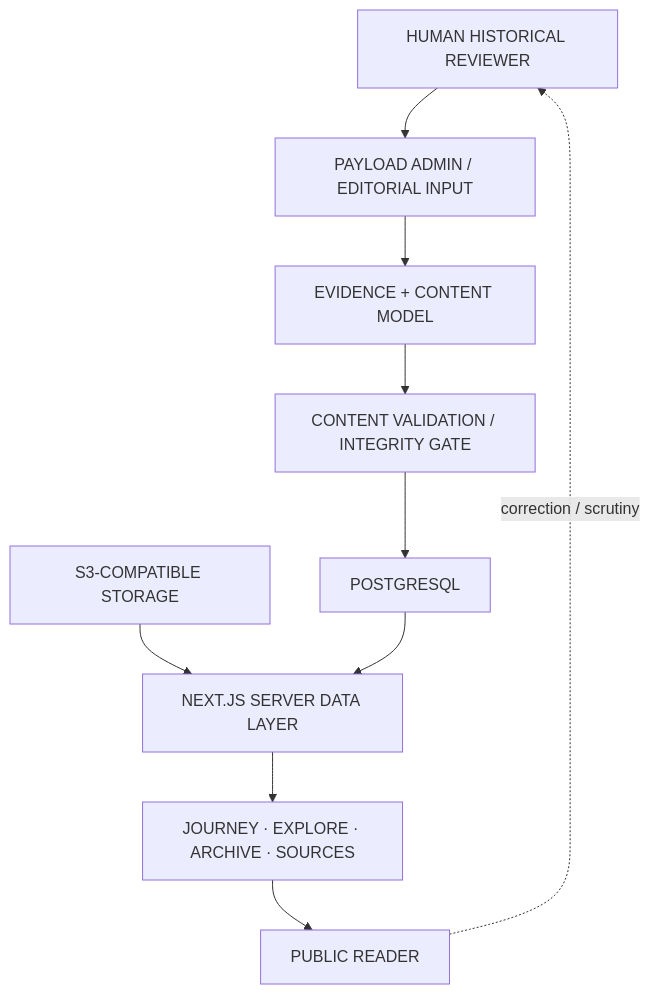
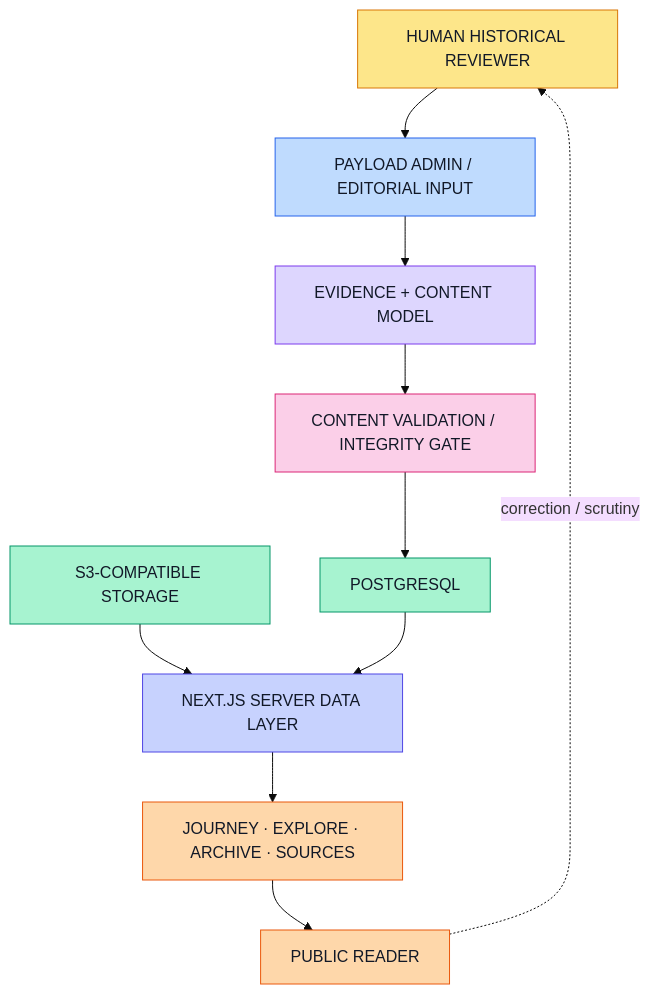
Before and after one commit to drferdi/Kediri-Kings-Century: the first of 4 diagrams in README.md, drawn with Mermaid. The commit also changed other lines of this file, not shown here.

```diff
--- a/README.md
+++ b/README.md
@@ -168,22 +237,39 @@
 ~~~mermaid
+%%{init: {'theme':'base'}}%%
 flowchart TB
   REVIEWER["HUMAN HISTORICAL REVIEWER"]
   CMS["PAYLOAD ADMIN / EDITORIAL INPUT"]
   MODEL["EVIDENCE + CONTENT MODEL"]
   DB["POSTGRESQL"]
   MEDIA["S3-COMPATIBLE STORAGE"]
   GATE["CONTENT VALIDATION / INTEGRITY GATE"]
   SERVER["NEXT.JS SERVER DATA LAYER"]
   PUBLIC["JOURNEY · EXPLORE · ARCHIVE · SOURCES"]
   READER["PUBLIC READER"]
 
   REVIEWER --> CMS
   CMS --> MODEL
   MODEL --> GATE
   GATE --> DB
   MEDIA --> SERVER
   DB --> SERVER
   SERVER --> PUBLIC
   PUBLIC --> READER
   READER -. correction / scrutiny .-> REVIEWER
+
+  classDef human fill:#FDE68A,stroke:#D97706,color:#111827;
+  classDef editorial fill:#BFDBFE,stroke:#2563EB,color:#111827;
+  classDef model fill:#DDD6FE,stroke:#7C3AED,color:#111827;
+  classDef data fill:#A7F3D0,stroke:#059669,color:#111827;
+  classDef gate fill:#FBCFE8,stroke:#DB2777,color:#111827;
+  classDef runtime fill:#C7D2FE,stroke:#4F46E5,color:#111827;
+  classDef output fill:#FED7AA,stroke:#EA580C,color:#111827;
+
+  class REVIEWER human;
+  class CMS editorial;
+  class MODEL model;
+  class DB,MEDIA data;
+  class GATE gate;
+  class SERVER runtime;
+  class PUBLIC,READER output;
 ~~~
```
